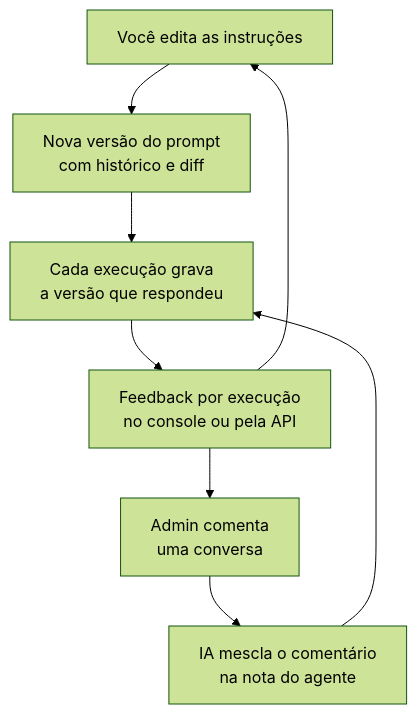
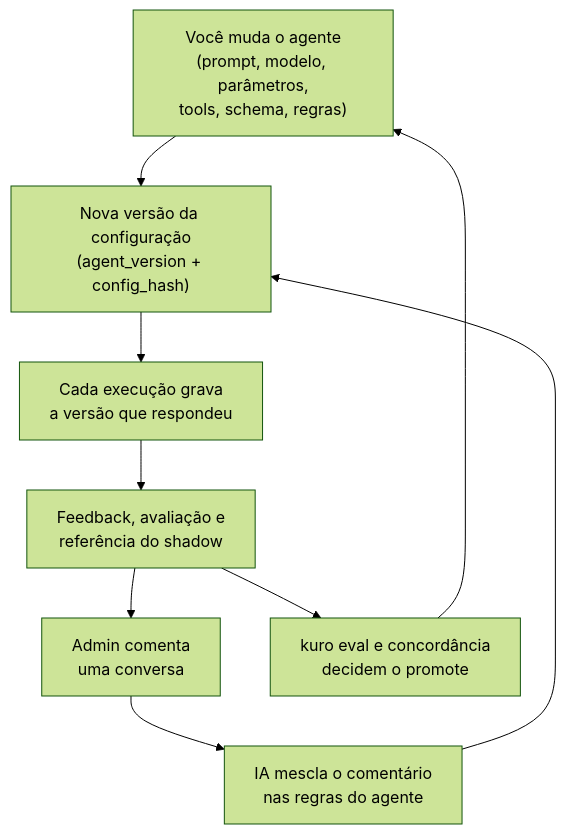
The diagram in docs/diagramas/versoes-e-feedback.mmd (Arthur-Marques-IA/microservice_agents), drawn with Mermaid (forest theme) before and after one commit. The commit also changed 10 other files, not shown here.

First line of the commit message:
docs: README, ROADMAP e diagramas alinhados com os Sprints 1–3 e o console

```diff
--- a/docs/diagramas/versoes-e-feedback.mmd
+++ b/docs/diagramas/versoes-e-feedback.mmd
@@ -1,8 +1,9 @@
 flowchart TB
-    E["Você edita as instruções"] --> V["Nova versão do prompt<br/>com histórico e diff"]
+    E["Você muda o agente<br/>(prompt, modelo, parâmetros,<br/>tools, schema, regras)"] --> V["Nova versão da configuração<br/>(agent_version + config_hash)"]
     V --> R["Cada execução grava<br/>a versão que respondeu"]
-    R --> S["Feedback por execução<br/>no console ou pela API"]
+    R --> S["Feedback, avaliação e<br/>referência do shadow"]
     S --> F["Admin comenta<br/>uma conversa"]
-    F --> N["IA mescla o comentário<br/>na nota do agente"]
-    N --> R
-    S --> E
+    F --> N["IA mescla o comentário<br/>nas regras do agente"]
+    N --> V
+    S --> Q["kuro eval e concordância<br/>decidem o promote"]
+    Q --> E
```
